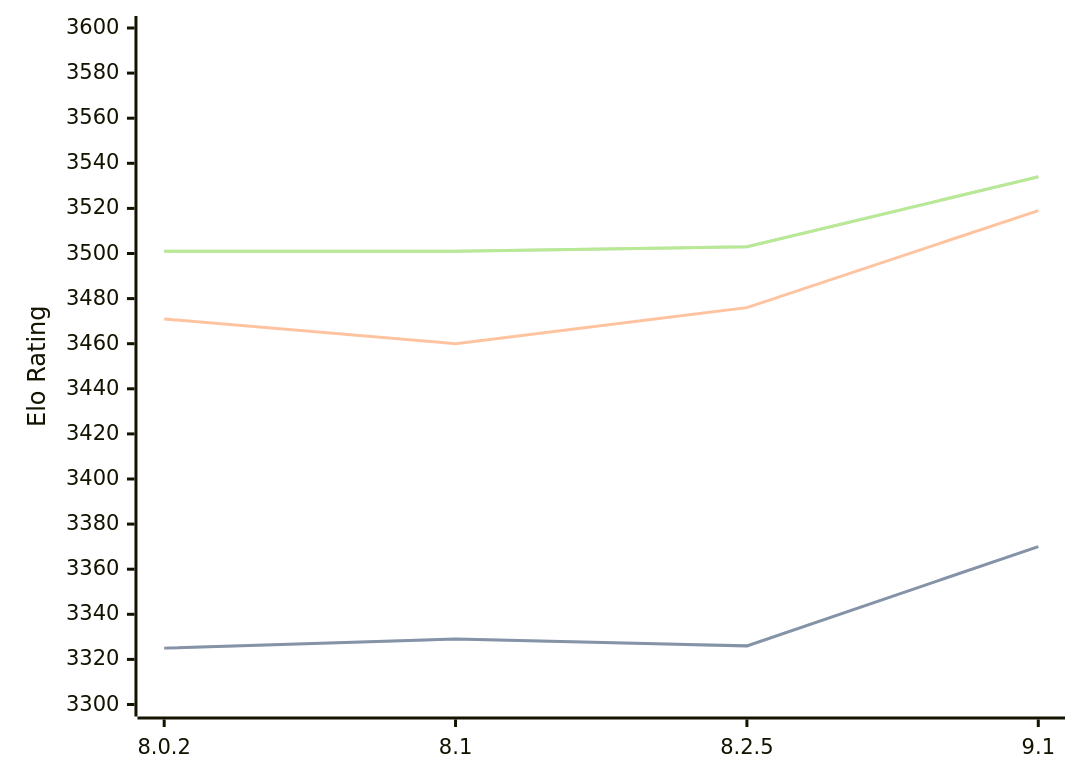
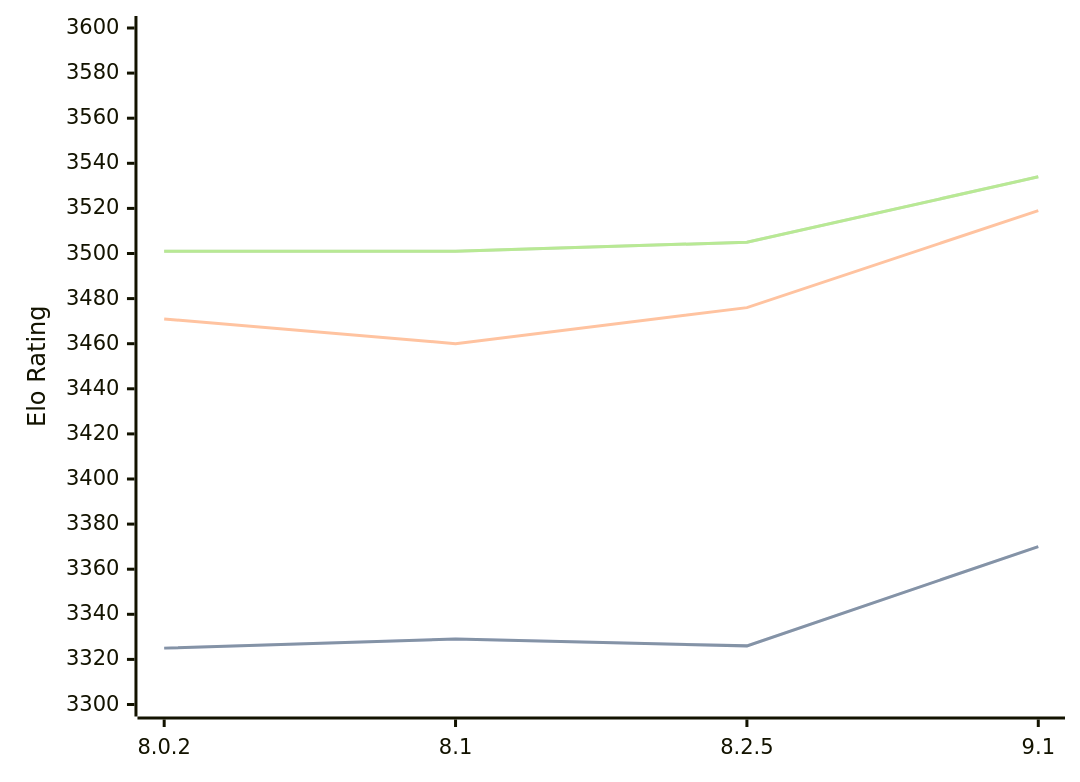
One commit to computer-chess-index/cci changed the diagram in engines/Clover.md. Above: the diagram before and after it, drawn with Mermaid. The commit also changed other lines of this file, not shown here.

Commit message:
Update CCI Ratings (ELO VLTC) - 2026-05-22

````diff
--- a/engines/Clover.md
+++ b/engines/Clover.md
@@ -64,11 +64,11 @@
 ```mermaid
 %%{init: {"theme":"base","themeVariables":{"seriesColors:['#a3a3a3','#222221','#faa371']}}}%%
 xychart-beta
   x-axis ["8.0.2", "8.1", "8.2.5", "9.1"]
   y-axis "Elo Rating" 3300 --> 3600
   line "STC (8.0+0.08s)" [3325, 3329, 3326, 3370]
   line "STC (8.0+0.08s)" [3325, 3329, 3326, 3370]
   line "LTC (60.0+0.60s)" [3471, 3460, 3476, 3519]
-  line "VLTC (2m24s+1.12s)" [3501, 3501, 3503, 3534]
-  line "VLTC (2m24s+1.12s)" [3501, 3501, 3503, 3534]
+  line "VLTC (2m24s+1.12s)" [3501, 3501, 3505, 3534]
+  line "VLTC (2m24s+1.12s)" [3501, 3501, 3505, 3534]
 ```
````
